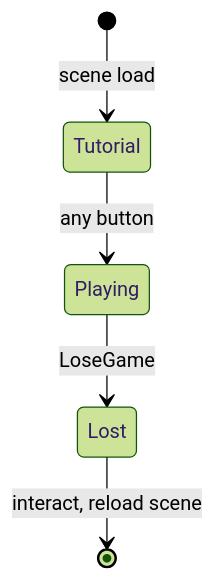
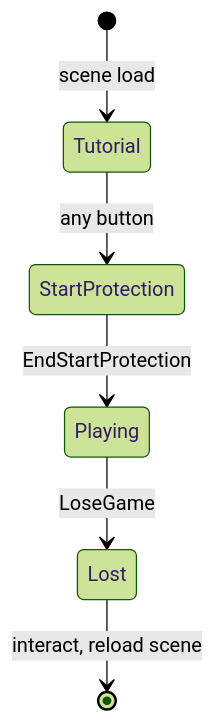
One commit to CSCI-526/Team4-Lu_Lu changed the second of 2 diagrams in docs/monkobra-tdd.md. Above: the diagram before and after it, drawn with Mermaid (forest theme). The commit also changed other lines of this file and 7 other files, not shown here.

First line of the commit message:
add StartProtection state b/t Tutorial & Playing

````diff
--- a/docs/monkobra-tdd.md
+++ b/docs/monkobra-tdd.md
@@ -69,7 +69,8 @@
 ```mermaid
 stateDiagram-v2
   [*] --> Tutorial: scene load
-  Tutorial --> Playing: any button
+  Tutorial --> StartProtection: any button
+  StartProtection --> Playing: EndStartProtection
   Playing --> Lost: LoseGame
   Lost --> [*]: interact, reload scene
 ```
````
